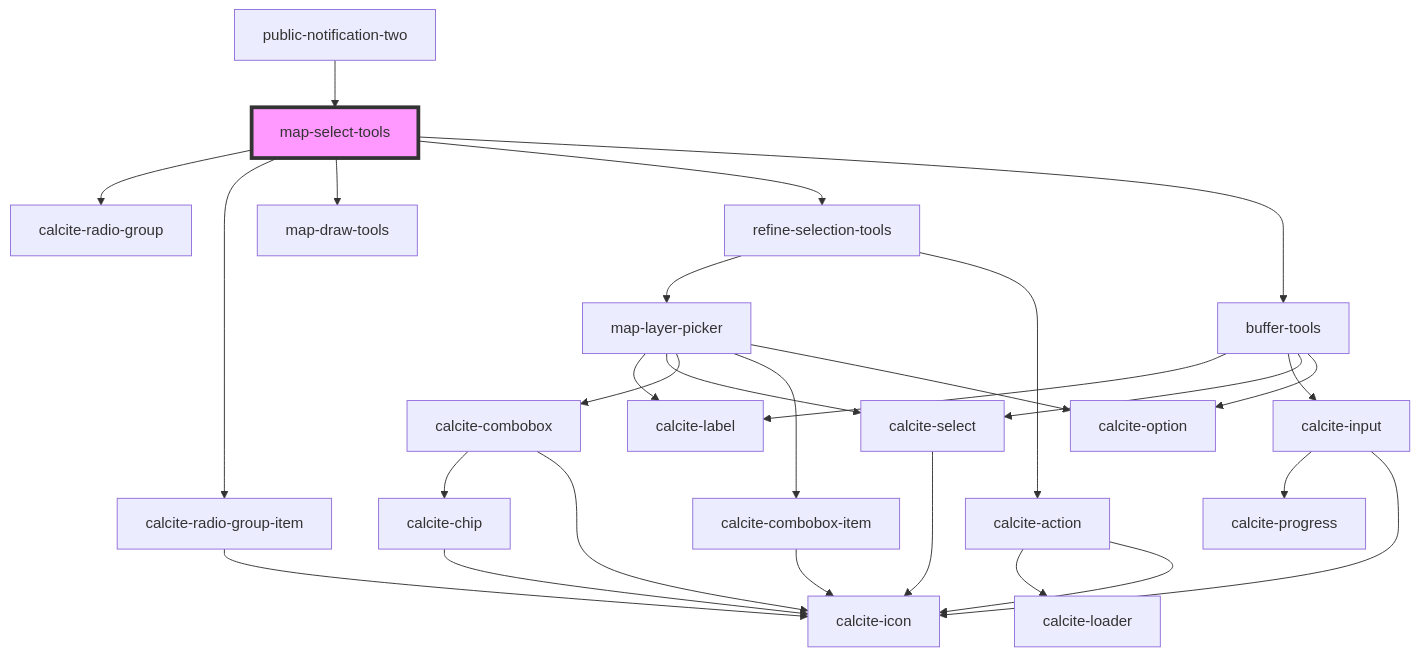
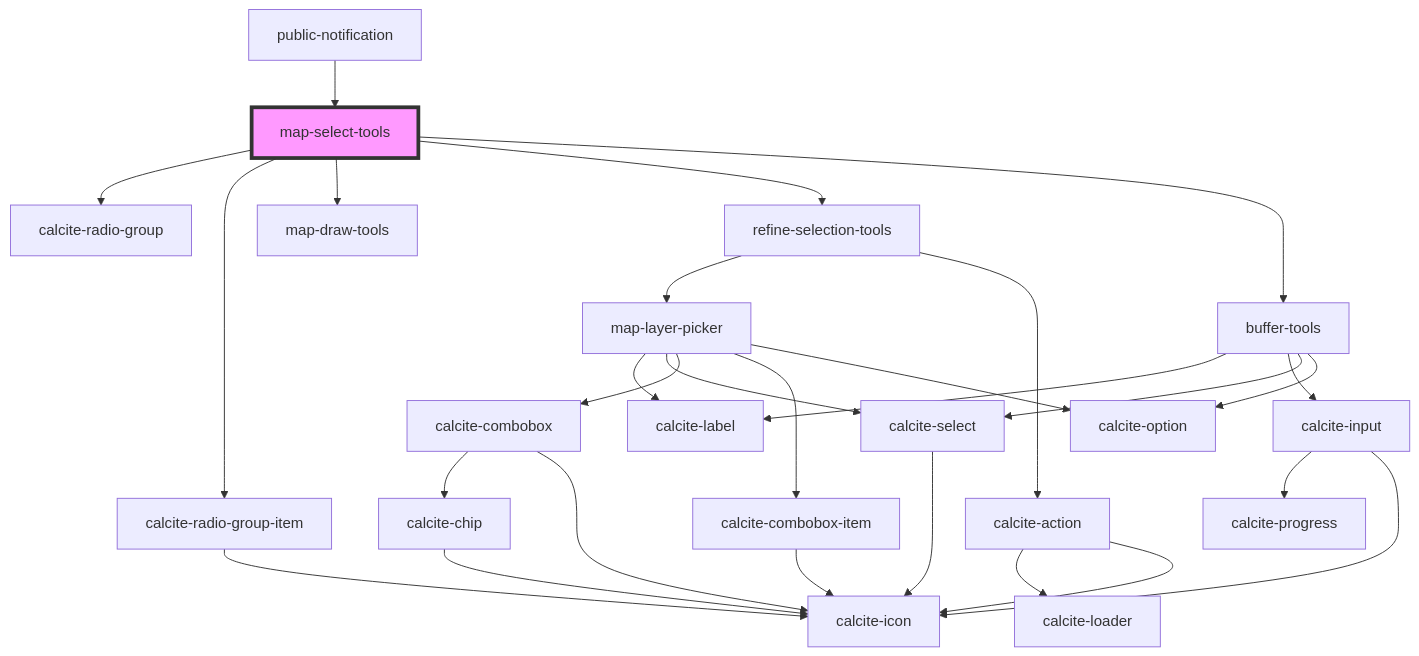
The diagram in src/components/map-select-tools/readme.md (Esri/solutions-components), drawn with Mermaid before and after one commit. The commit also changed other lines of this file and 12 other files, not shown here.

````diff
--- a/src/components/map-select-tools/readme.md
+++ b/src/components/map-select-tools/readme.md
@@ -98,31 +98,31 @@
 ```mermaid
 graph TD;
   map-select-tools --> calcite-radio-group
   map-select-tools --> calcite-radio-group-item
   map-select-tools --> map-draw-tools
   map-select-tools --> refine-selection-tools
   map-select-tools --> buffer-tools
   calcite-radio-group-item --> calcite-icon
   refine-selection-tools --> map-layer-picker
   refine-selection-tools --> calcite-action
   map-layer-picker --> calcite-label
   map-layer-picker --> calcite-select
   map-layer-picker --> calcite-combobox
   map-layer-picker --> calcite-combobox-item
   map-layer-picker --> calcite-option
   calcite-select --> calcite-icon
   calcite-combobox --> calcite-chip
   calcite-combobox --> calcite-icon
   calcite-chip --> calcite-icon
   calcite-combobox-item --> calcite-icon
   calcite-action --> calcite-loader
   calcite-action --> calcite-icon
   buffer-tools --> calcite-label
   buffer-tools --> calcite-input
   buffer-tools --> calcite-select
   buffer-tools --> calcite-option
   calcite-input --> calcite-progress
   calcite-input --> calcite-icon
-  public-notification-two --> map-select-tools
+  public-notification --> map-select-tools
   style map-select-tools fill:#f9f,stroke:#333,stroke-width:4px
 ```
````
